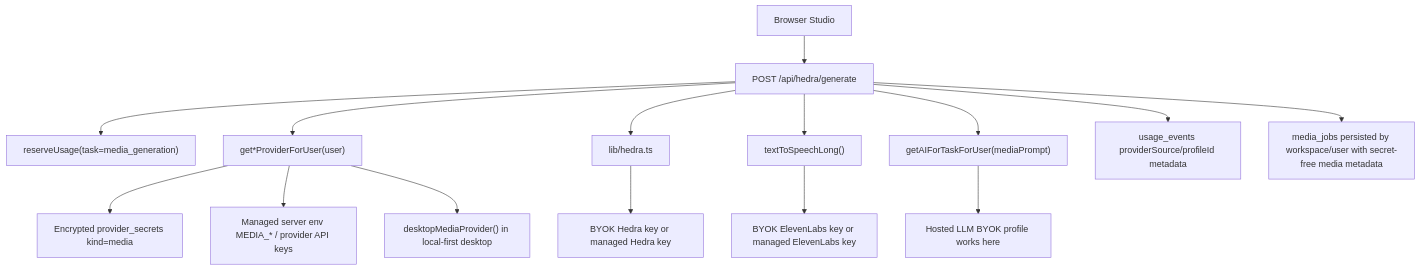
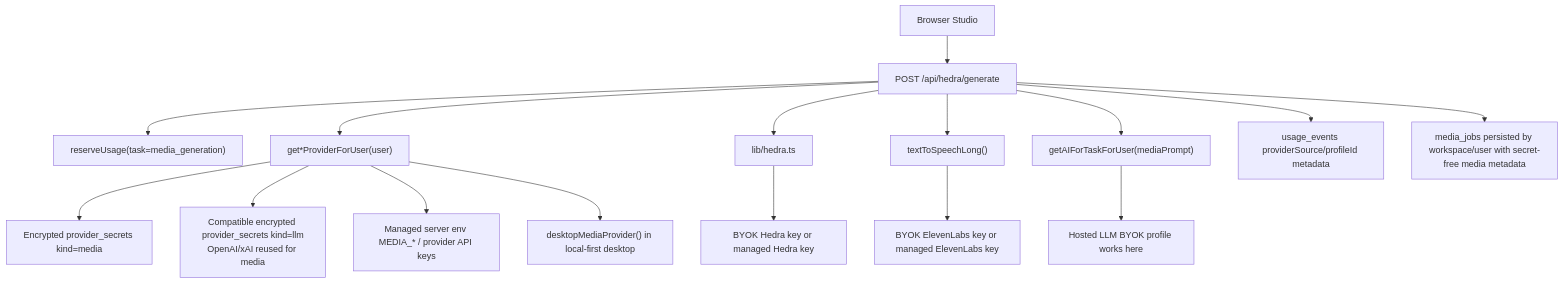
Before and after one commit to Transformation-Agency/pillar-press: the diagram in docs/MEDIA_BYOK_AUDIT.md, drawn with Mermaid. The commit also changed other lines of this file and 4 other files, not shown here.

Commit message:
Reuse hosted LLM BYOK profiles for media

````diff
--- a/docs/MEDIA_BYOK_AUDIT.md
+++ b/docs/MEDIA_BYOK_AUDIT.md
@@ -21,17 +22,18 @@
 ```mermaid
 flowchart TD
   Browser["Browser Studio"] --> Generate["POST /api/hedra/generate"]
   Generate --> Reserve["reserveUsage(task=media_generation)"]
   Generate --> MediaConfig["get*ProviderForUser(user)"]
   MediaConfig --> HostedMedia["Encrypted provider_secrets kind=media"]
+  MediaConfig --> HostedLLM["Compatible encrypted provider_secrets kind=llm\nOpenAI/xAI reused for media"]
   MediaConfig --> Env["Managed server env MEDIA_* / provider API keys"]
   MediaConfig --> Desktop["desktopMediaProvider() in local-first desktop"]
   Generate --> HedraClient["lib/hedra.ts"]
   HedraClient --> HedraKey["BYOK Hedra key or managed Hedra key"]
   Generate --> ElevenClient["textToSpeechLong()"]
   ElevenClient --> ElevenKey["BYOK ElevenLabs key or managed ElevenLabs key"]
   Generate --> LLMPrompt["getAIForTaskForUser(mediaPrompt)"]
   LLMPrompt --> LLMByok["Hosted LLM BYOK profile works here"]
   Generate --> Usage["usage_events providerSource/profileId metadata"]
   Generate --> MediaJob["media_jobs persisted by workspace/user with secret-free media metadata"]
 ```
````
